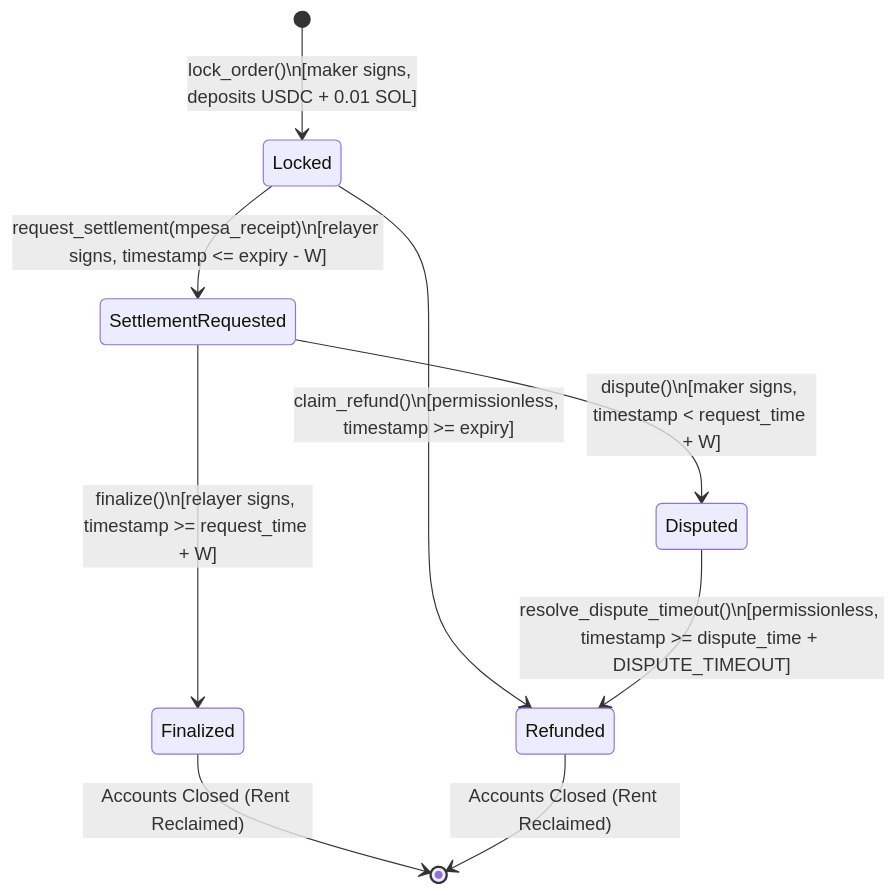
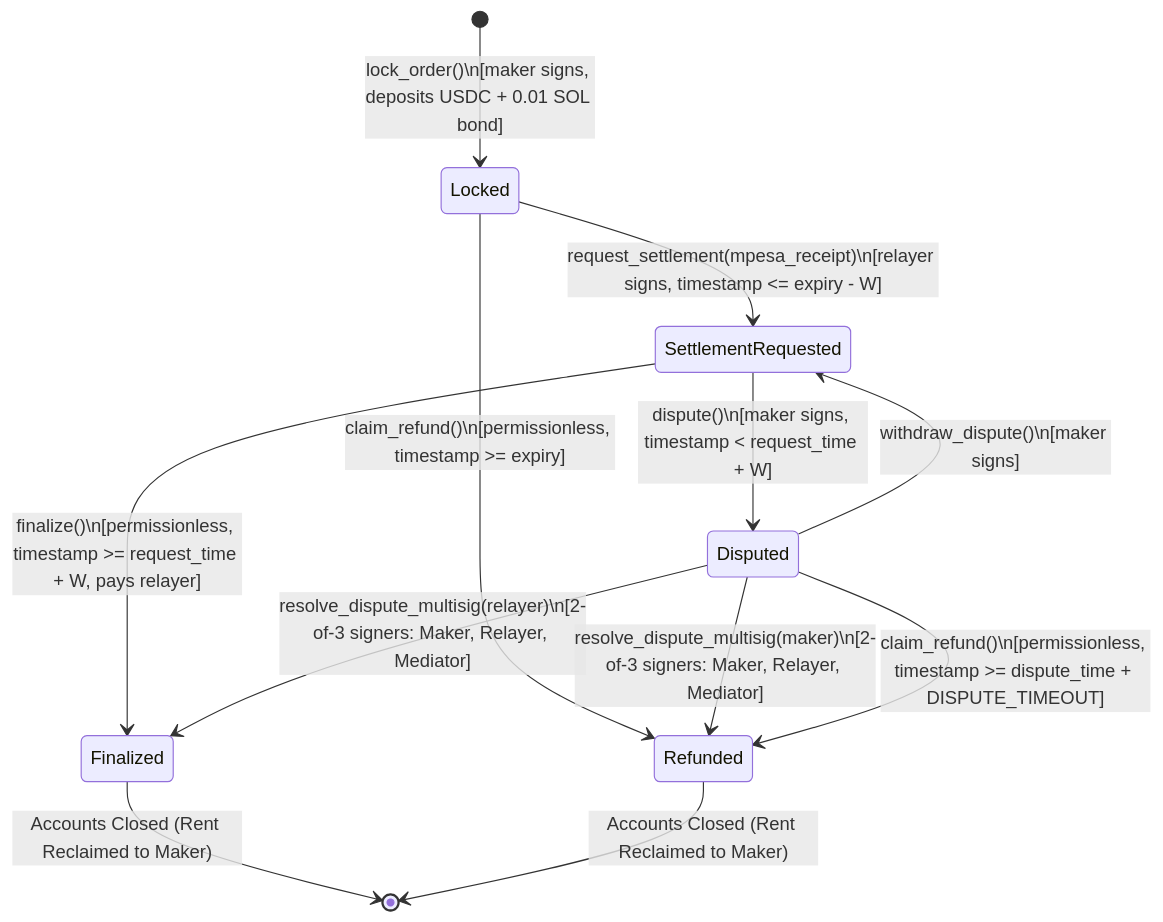
One commit to alikulaOwen/bamboo changed the diagram in docs/plan/10-solana-escrow.md. Above: the diagram before and after it, drawn with Mermaid. The commit also changed other lines of this file and 10 other files, not shown here.

````diff
--- a/docs/plan/10-solana-escrow.md
+++ b/docs/plan/10-solana-escrow.md
@@ -47,15 +47,18 @@
 ```mermaid
 stateDiagram-v2
-    [*] --> Locked: lock_order()\n[maker signs, deposits USDC + 0.01 SOL]
+    [*] --> Locked: lock_order()\n[maker signs, deposits USDC + 0.01 SOL bond]
     
     Locked --> SettlementRequested: request_settlement(mpesa_receipt)\n[relayer signs, timestamp <= expiry - W]
     Locked --> Refunded: claim_refund()\n[permissionless, timestamp >= expiry]
     
     SettlementRequested --> Disputed: dispute()\n[maker signs, timestamp < request_time + W]
-    SettlementRequested --> Finalized: finalize()\n[relayer signs, timestamp >= request_time + W]
+    SettlementRequested --> Finalized: finalize()\n[permissionless, timestamp >= request_time + W, pays relayer]
     
-    Disputed --> Refunded: resolve_dispute_timeout()\n[permissionless, timestamp >= dispute_time + DISPUTE_TIMEOUT]
+    Disputed --> SettlementRequested: withdraw_dispute()\n[maker signs]
+    Disputed --> Finalized: resolve_dispute_multisig(relayer)\n[2-of-3 signers: Maker, Relayer, Mediator]
+    Disputed --> Refunded: resolve_dispute_multisig(maker)\n[2-of-3 signers: Maker, Relayer, Mediator]
+    Disputed --> Refunded: claim_refund()\n[permissionless, timestamp >= dispute_time + DISPUTE_TIMEOUT]
     
-    Finalized --> [*]: Accounts Closed (Rent Reclaimed)
-    Refunded --> [*]: Accounts Closed (Rent Reclaimed)
+    Finalized --> [*]: Accounts Closed (Rent Reclaimed to Maker)
+    Refunded --> [*]: Accounts Closed (Rent Reclaimed to Maker)
 ```
````
